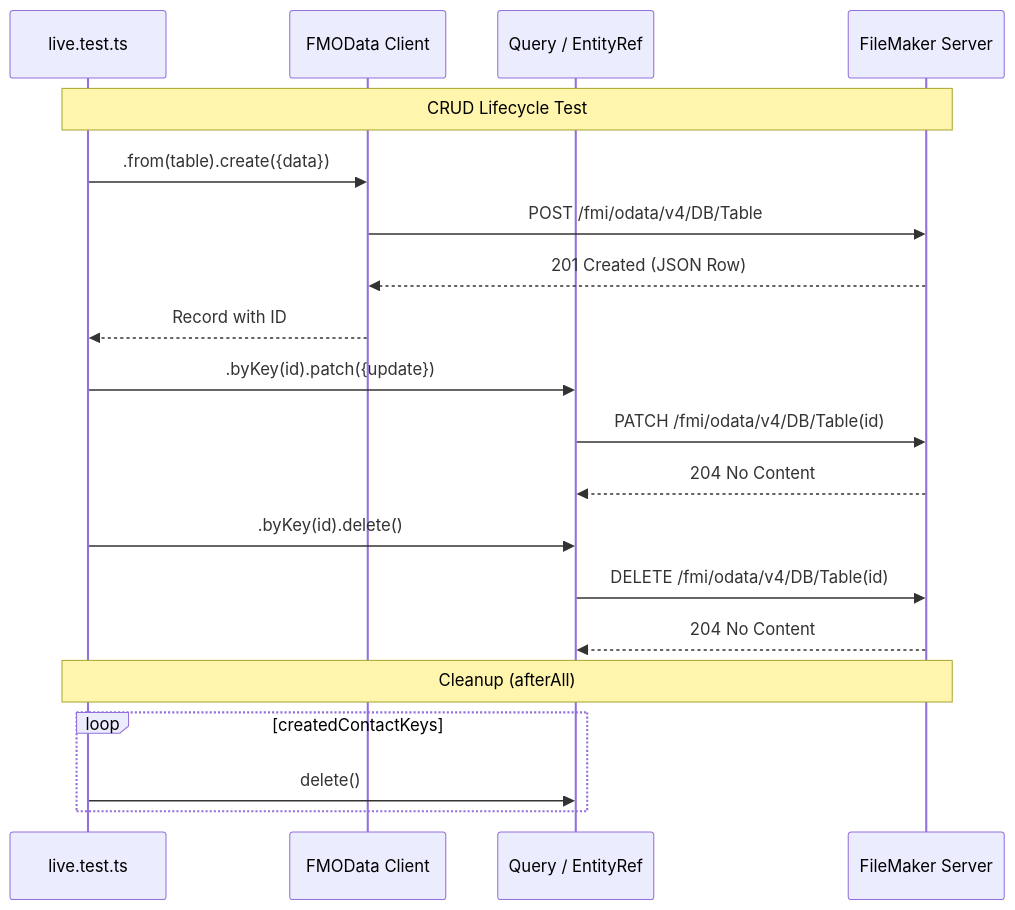
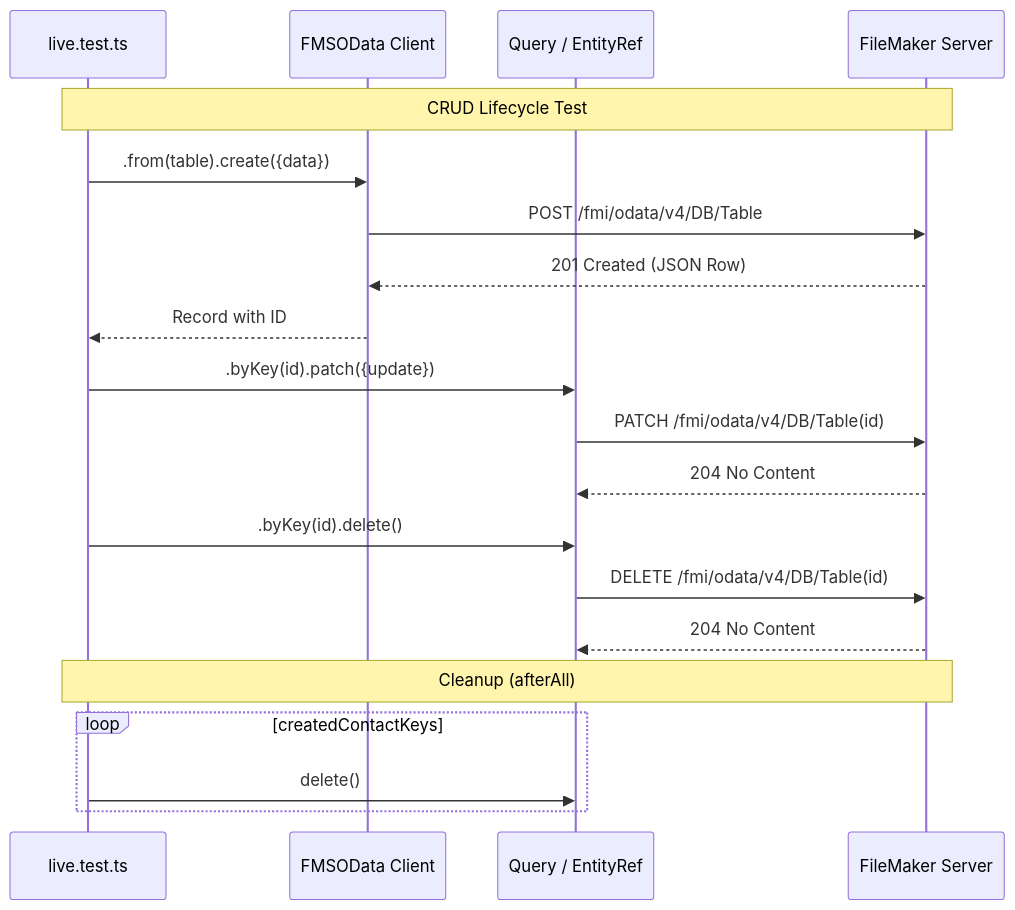
The first of 2 diagrams in wiki/07.1-unit-and-integration-tests.md (fsans/fms-odata-js), drawn with Mermaid before and after one commit. The commit also changed other lines of this file and 85 other files, not shown here.

````diff
--- a/wiki/07.1-unit-and-integration-tests.md
+++ b/wiki/07.1-unit-and-integration-tests.md
@@ -87,26 +87,26 @@
 ```mermaid
 sequenceDiagram
     participant T as live.test.ts
-    participant C as FMOData Client
+    participant C as FMSOData Client
     participant Q as Query / EntityRef
     participant FMS as FileMaker Server
 
     Note over T, FMS: CRUD Lifecycle Test
     T->>C: .from(table).create({data})
     C->>FMS: POST /fmi/odata/v4/DB/Table
     FMS-->>C: 201 Created (JSON Row)
     C-->>T: Record with ID
 
     T->>Q: .byKey(id).patch({update})
     Q->>FMS: PATCH /fmi/odata/v4/DB/Table(id)
     FMS-->>Q: 204 No Content
     
     T->>Q: .byKey(id).delete()
     Q->>FMS: DELETE /fmi/odata/v4/DB/Table(id)
     FMS-->>Q: 204 No Content
 
     Note over T, FMS: Cleanup (afterAll)
     loop createdContactKeys
         T->>Q: delete()
     end
 ```
````
